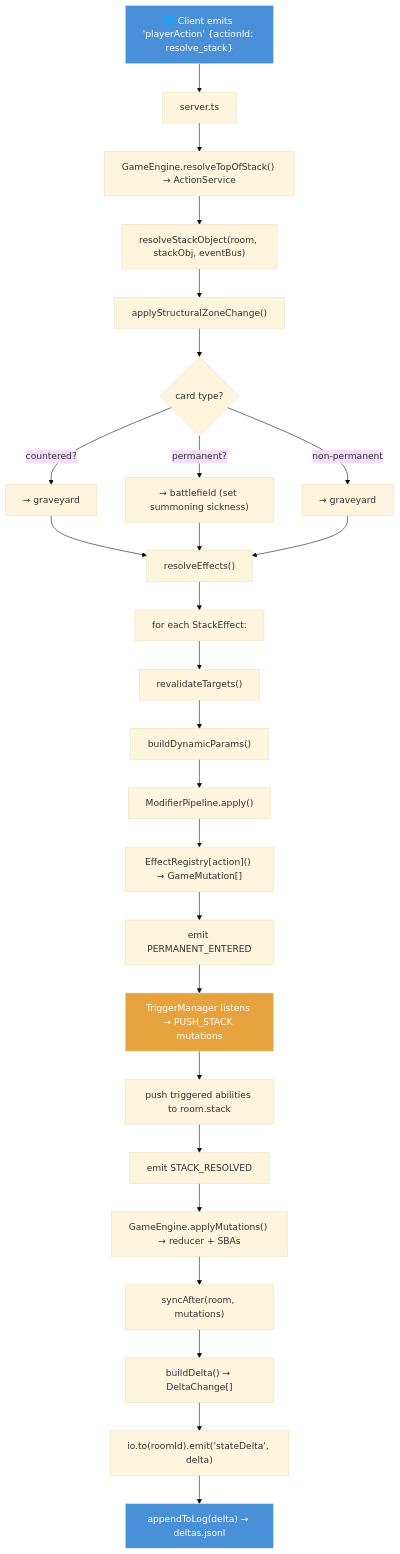
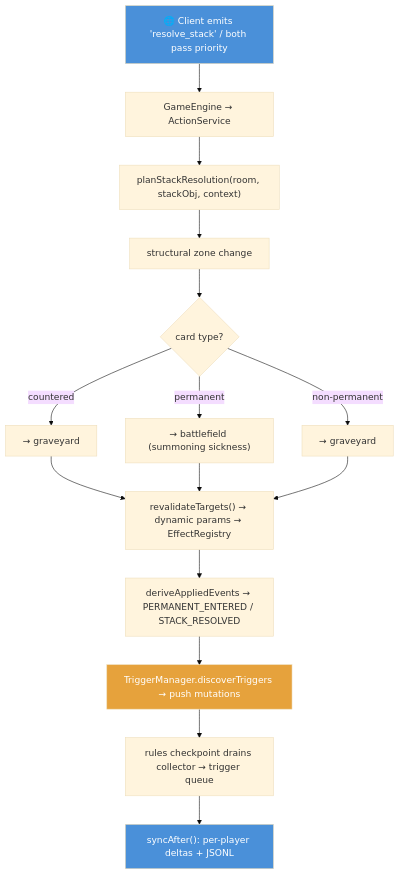
One commit to sschan39/card-game changed the second of 3 diagrams in ARCHITECTURE.md. Above: the diagram before and after it, drawn with Mermaid (base theme). The commit also changed other lines of this file and 30 other files, not shown here.

````diff
--- a/ARCHITECTURE.md
+++ b/ARCHITECTURE.md
@@ -695,39 +598,20 @@
 ```mermaid
 flowchart TD
-    A["🌐 Client emits 'playerAction' {actionId: resolve_stack}"] --> B["server.ts"]
-    B --> C["GameEngine.resolveTopOfStack() → ActionService"]
-
-    C --> D["resolveStackObject(room, stackObj, eventBus)"]
-
-    D --> E["applyStructuralZoneChange()"]
-    E --> E1{"card type?"}
-    E1 -->|"countered?"| E2["→ graveyard"]
-    E1 -->|"permanent?"| E3["→ battlefield (set summoning sickness)"]
-    E1 -->|"non-permanent"| E4["→ graveyard"]
-
-    E2 --> F["resolveEffects()"]
-    E3 --> F
-    E4 --> F
-
-    F --> G["for each StackEffect:"]
-    G --> G1["revalidateTargets()"]
-    G1 --> G2["buildDynamicParams()"]
-    G2 --> G3["ModifierPipeline.apply()"]
-    G3 --> G4["EffectRegistry[action]() → GameMutation[]"]
-
-    G4 --> H["emit PERMANENT_ENTERED"]
-    H --> H1["TriggerManager listens → PUSH_STACK mutations"]
-    H1 --> H2["push triggered abilities to room.stack"]
-
-    H2 --> I["emit STACK_RESOLVED"]
-    I --> I0["GameEngine.applyMutations() → reducer + SBAs"]
-
-    I0 --> J["syncAfter(room, mutations)"]
-    J --> J1["buildDelta() → DeltaChange[]"]
-    J1 --> J2["io.to(roomId).emit('stateDelta', delta)"]
-    J2 --> J3["appendToLog(delta) → deltas.jsonl"]
-
+    A["🌐 Client emits 'resolve_stack' / both pass priority"] --> B["GameEngine → ActionService"]
+    B --> C["planStackResolution(room, stackObj, context)"]
+    C --> D["structural zone change"]
+    D --> D1{"card type?"}
+    D1 -->|"countered"| D2["→ graveyard"]
+    D1 -->|"permanent"| D3["→ battlefield (summoning sickness)"]
+    D1 -->|"non-permanent"| D4["→ graveyard"]
+    D2 --> E["revalidateTargets() → dynamic params → EffectRegistry"]
+    D3 --> E
+    D4 --> E
+    E --> F["deriveAppliedEvents → PERMANENT_ENTERED / STACK_RESOLVED"]
+    F --> G["TriggerManager.discoverTriggers → push mutations"]
+    G --> H["rules checkpoint drains collector → trigger queue"]
+    H --> I["syncAfter(): per-player deltas + JSONL"]
     style A fill:#4a90d9,color:#fff
-    style J3 fill:#4a90d9,color:#fff
-    style H1 fill:#e6a23c,color:#fff
+    style I fill:#4a90d9,color:#fff
+    style G fill:#e6a23c,color:#fff
 ```
````
